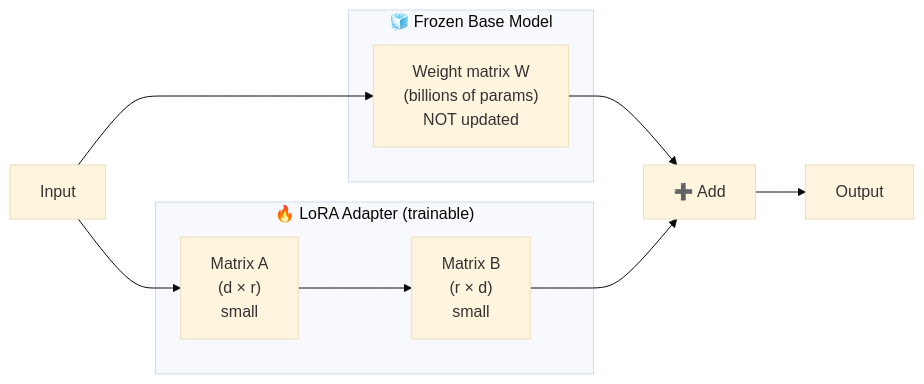
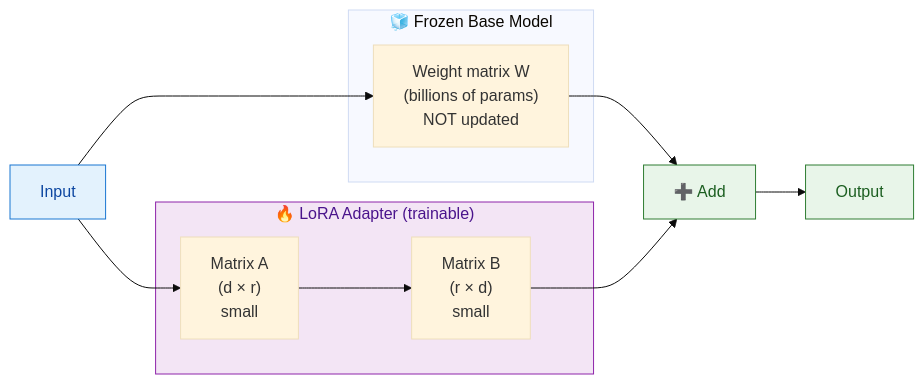
One commit to Guebbit/AI-coding-assistant changed the first of 2 diagrams in docs/theory/lora-fine-tuning.md. Above: the diagram before and after it, drawn with Mermaid (base theme). The commit also changed other lines of this file and 54 other files, not shown here.

First line of the commit message:
docs: add mermaid diagrams to quickstart & ollama-notes, color-code all flowcharts

````diff
--- a/docs/theory/lora-fine-tuning.md
+++ b/docs/theory/lora-fine-tuning.md
@@ -47,16 +47,20 @@
 ```mermaid
 flowchart LR
     subgraph BASE["🧊 Frozen Base Model"]
         W["Weight matrix W\n(billions of params)\nNOT updated"]
     end
 
     subgraph LORA["🔥 LoRA Adapter (trainable)"]
         A["Matrix A\n(d × r)\nsmall"] --> B["Matrix B\n(r × d)\nsmall"]
     end
 
     Input["Input"] --> W
     Input --> A
     W --> Sum["➕ Add"]
     B --> Sum
     Sum --> Output["Output"]
+    style LORA fill:#f3e5f5,stroke:#8e24aa,color:#4a148c
+    style Input fill:#e3f2fd,stroke:#1976d2,color:#0d47a1
+    style Sum fill:#e8f5e9,stroke:#2e7d32,color:#1b5e20
+    style Output fill:#e8f5e9,stroke:#2e7d32,color:#1b5e20
 ```
````
